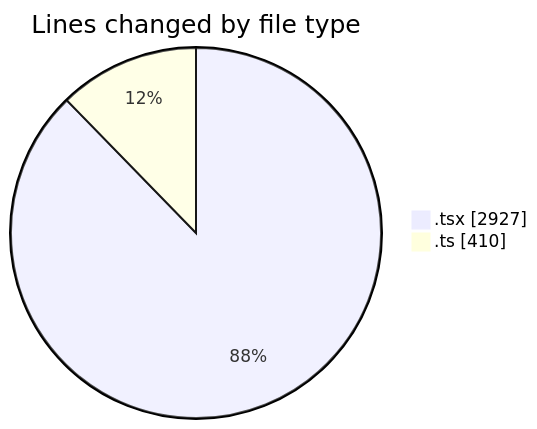
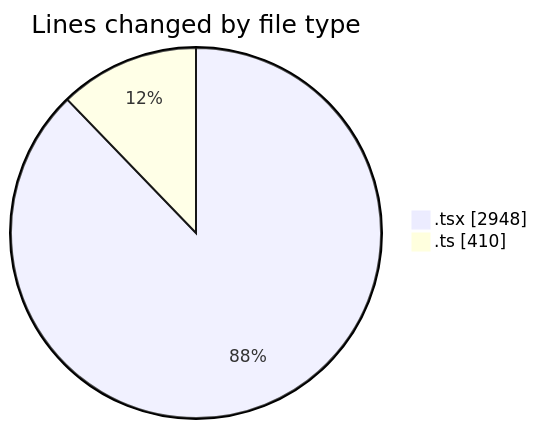
The first of 2 diagrams in 2025-03-07/mbc-web/README.md (robertbonfada/code-tracking), drawn with Mermaid before and after one commit. The commit also changed other lines of this file and 1 other file, not shown here.

````diff
--- a/2025-03-07/mbc-web/README.md
+++ b/2025-03-07/mbc-web/README.md
@@ -29,6 +29,6 @@
 ```mermaid
 pie showData
 title Lines changed by file type
-".tsx" : 2927
+".tsx" : 2948
 ".ts" : 410
 ```
````
